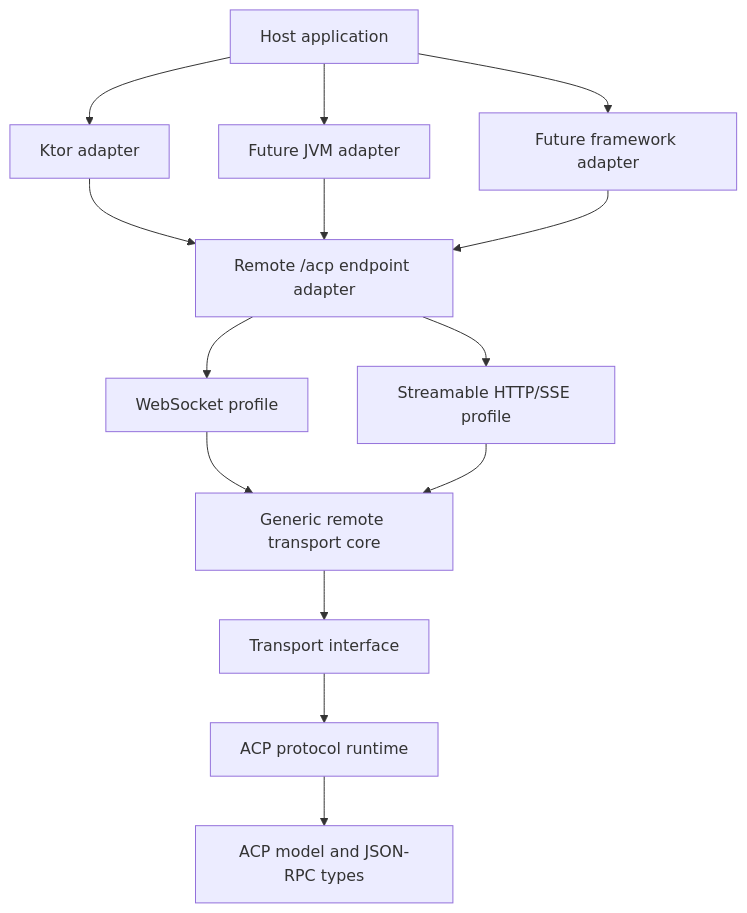
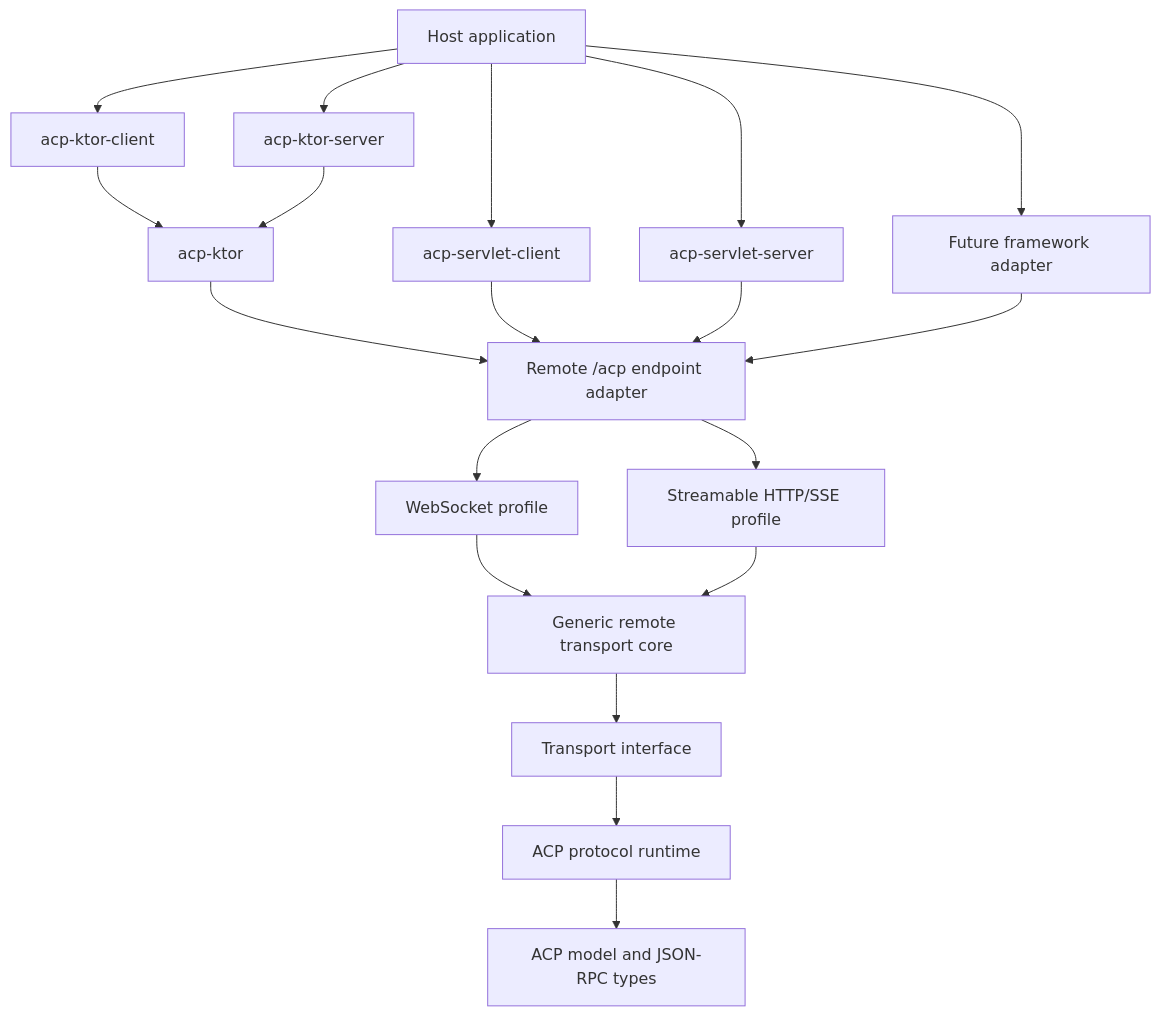
The diagram in ARCHITECTURE.md (agentclientprotocol/kotlin-sdk), drawn with Mermaid before and after one commit. The commit also changed other lines of this file, not shown here.

Commit message:
Update architecture diagram for servlet adapters

````diff
--- a/ARCHITECTURE.md
+++ b/ARCHITECTURE.md
@@ -25,28 +25,38 @@
 ```mermaid
 flowchart TB
     App["Host application"]
-    Ktor["Ktor adapter"]
-    JVM["Future JVM adapter"]
+    KtorClient["acp-ktor-client"]
+    KtorServer["acp-ktor-server"]
+    KtorShared["acp-ktor"]
+    ServletClient["acp-servlet-client"]
+    ServletServer["acp-servlet-server"]
     Future["Future framework adapter"]
     Endpoint["Remote /acp endpoint adapter"]
     WS["WebSocket profile"]
     HTTP["Streamable HTTP/SSE profile"]
     Remote["Generic remote transport core"]
     T["Transport interface"]
     P["ACP protocol runtime"]
     M["ACP model and JSON-RPC types"]
 
-    App --> Ktor
-    App --> JVM
+    App --> KtorClient
+    App --> KtorServer
+    App --> ServletClient
+    App --> ServletServer
     App --> Future
-    Ktor --> Endpoint
-    JVM --> Endpoint
+
+    KtorClient --> KtorShared
+    KtorServer --> KtorShared
+    KtorShared --> Endpoint
+    ServletClient --> Endpoint
+    ServletServer --> Endpoint
     Future --> Endpoint
+
     Endpoint --> WS
     Endpoint --> HTTP
     WS --> Remote
     HTTP --> Remote
     Remote --> T
     T --> P
     P --> M
 ```
````
